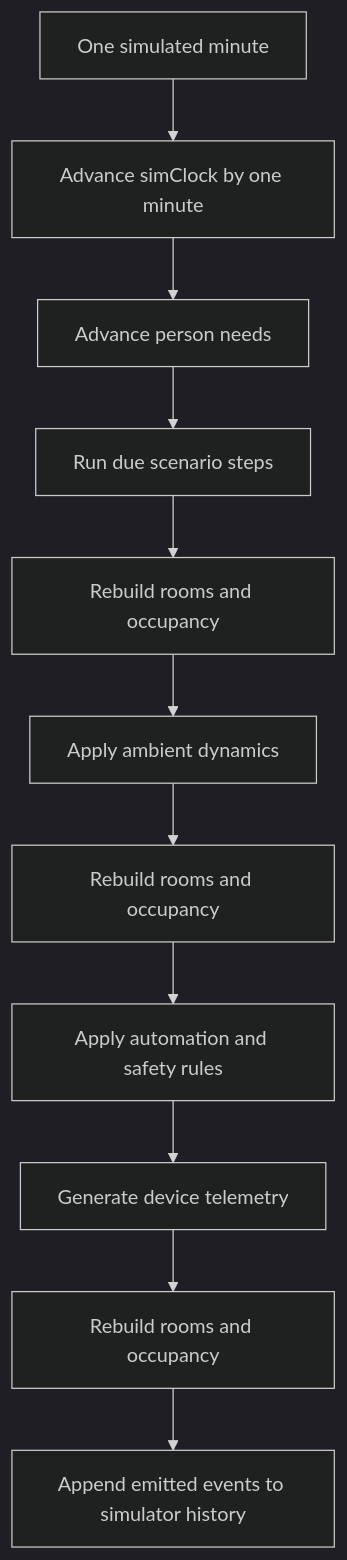
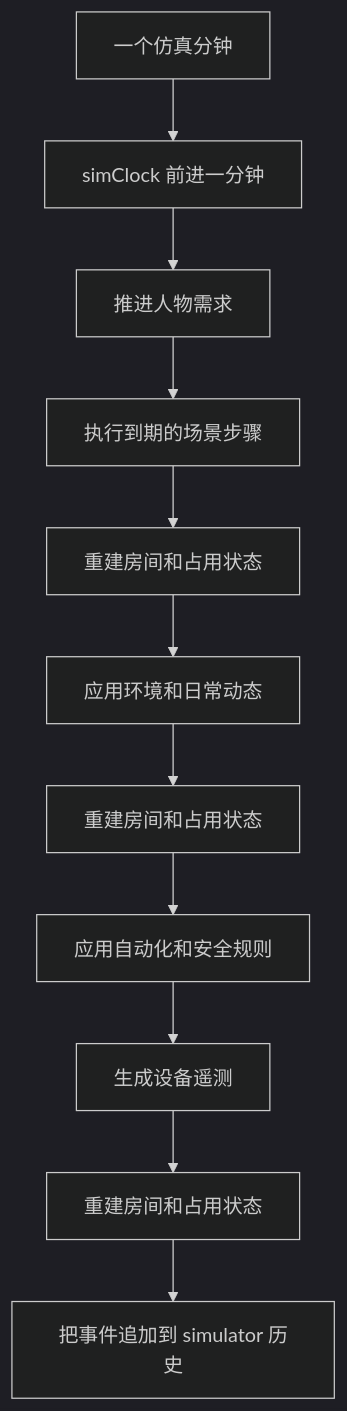
One commit to SudoJacky/VirtualHome changed the second of 3 diagrams in docs/event-generation-flow.md. Above: the diagram before and after it, drawn with Mermaid (dark theme). The commit also changed other lines of this file and 2 other files, not shown here.

Commit message:
docs: translate flow docs to Chinese

````diff
--- a/docs/event-generation-flow.md
+++ b/docs/event-generation-flow.md
@@ -75,13 +75,13 @@
 ```mermaid
 flowchart TD
-  Tick[One simulated minute] --> Clock[Advance simClock by one minute]
-  Clock --> Needs[Advance person needs]
-  Needs --> ScenarioSteps[Run due scenario steps]
-  ScenarioSteps --> Rooms1[Rebuild rooms and occupancy]
-  Rooms1 --> Ambient[Apply ambient dynamics]
-  Ambient --> Rooms2[Rebuild rooms and occupancy]
-  Rooms2 --> Rules[Apply automation and safety rules]
-  Rules --> Telemetry[Generate device telemetry]
-  Telemetry --> Rooms3[Rebuild rooms and occupancy]
-  Rooms3 --> Append[Append emitted events to simulator history]
+  Tick[一个仿真分钟] --> Clock[simClock 前进一分钟]
+  Clock --> Needs[推进人物需求]
+  Needs --> ScenarioSteps[执行到期的场景步骤]
+  ScenarioSteps --> Rooms1[重建房间和占用状态]
+  Rooms1 --> Ambient[应用环境和日常动态]
+  Ambient --> Rooms2[重建房间和占用状态]
+  Rooms2 --> Rules[应用自动化和安全规则]
+  Rules --> Telemetry[生成设备遥测]
+  Telemetry --> Rooms3[重建房间和占用状态]
+  Rooms3 --> Append[把事件追加到 simulator 历史]
 ```
````
